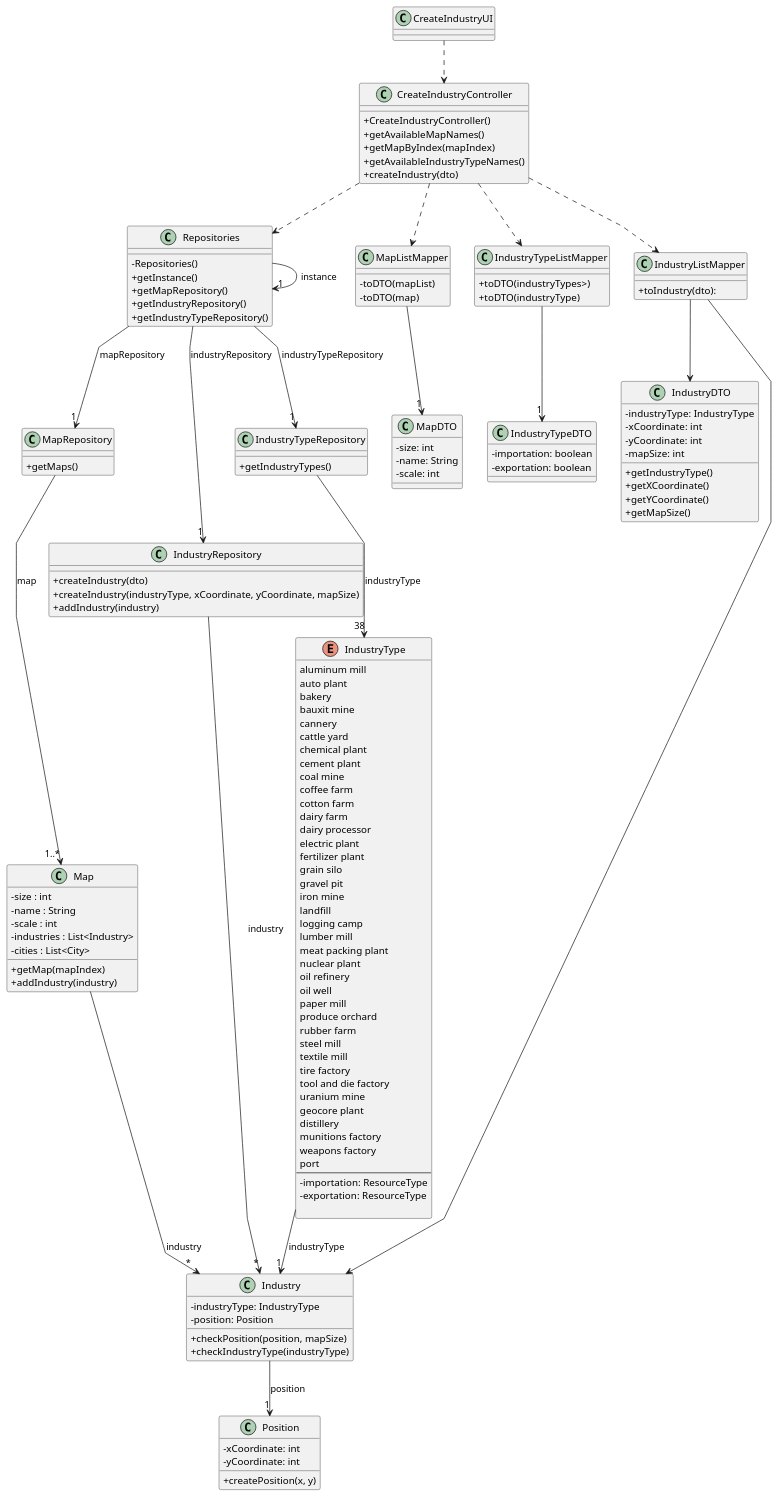
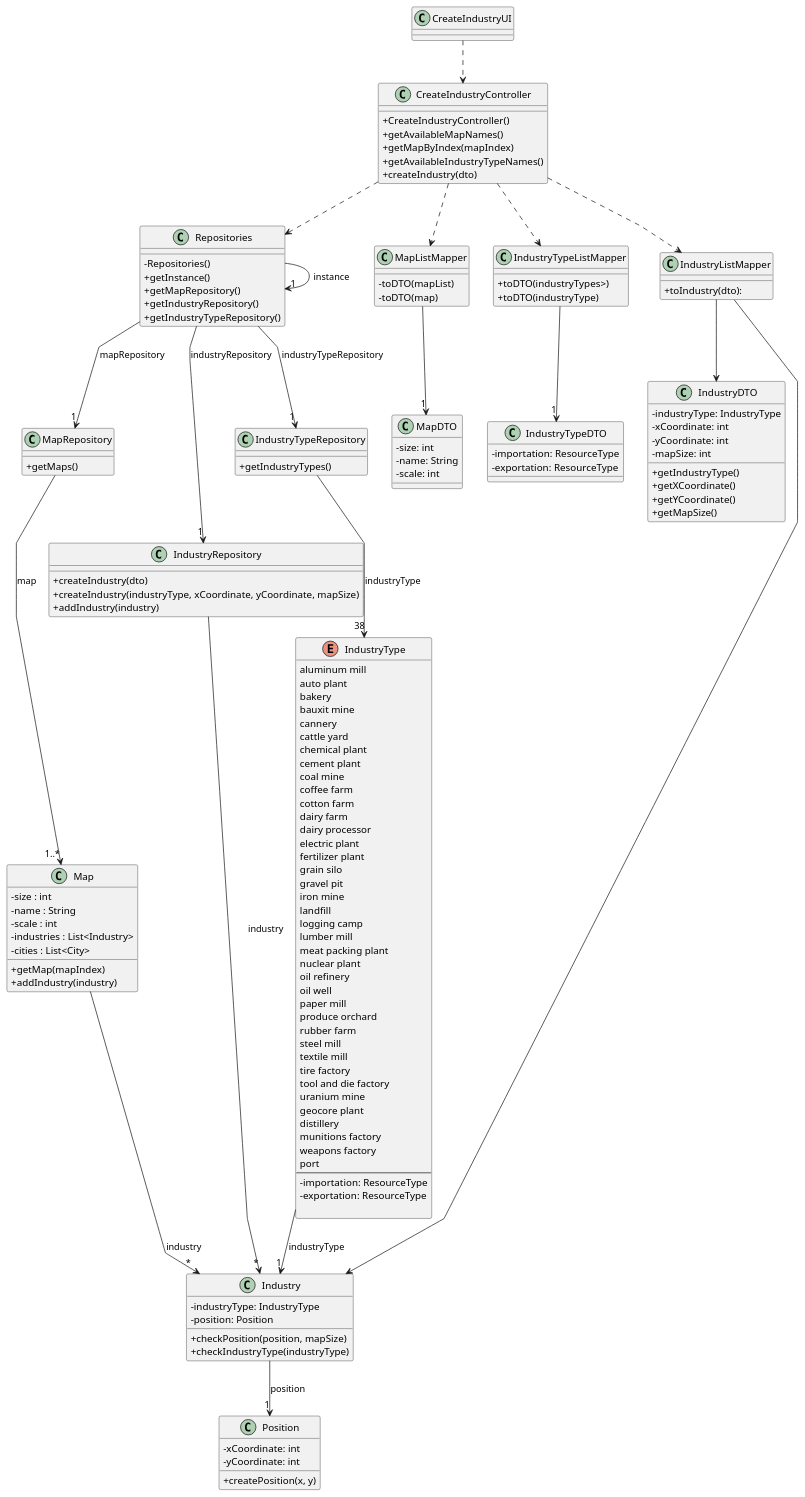
The diagram in Sprint3/US002/03.design/puml/US002-CD.puml (1240935/pi2-railway-simulator), drawn with PlantUML before and after one commit. The commit also changed 10 other files, not shown here.

```diff
--- a/Sprint3/US002/03.design/puml/US002-CD.puml
+++ b/Sprint3/US002/03.design/puml/US002-CD.puml
@@ -1,182 +1,182 @@
 @startuml
 'skinparam monochrome true
 skinparam packageStyle rectangle
 skinparam shadowing false
 skinparam linetype polyline
 'skinparam linetype orto
 
 skinparam classAttributeIconSize 0
 
 'left to right direction
 
 class CreateIndustryUI {
 }
 
 class CreateIndustryController {
   +CreateIndustryController()
   +getAvailableMapNames()
   +getMapByIndex(mapIndex)
   +getAvailableIndustryTypeNames()
   +createIndustry(dto)
 }
 
 class Repositories {
   -Repositories()
   +getInstance()
   +getMapRepository()
   +getIndustryRepository()
   +getIndustryTypeRepository()
 }
 
 class MapRepository {
   +getMaps()
 }
 
 class IndustryRepository {
   +createIndustry(dto)
   +createIndustry(industryType, xCoordinate, yCoordinate, mapSize)
   +addIndustry(industry)
 }
 
 class IndustryTypeRepository {
   +getIndustryTypes()
 }
 
 class MapListMapper {
   -toDTO(mapList)
   -toDTO(map)
 }
 
 class IndustryTypeListMapper {
   +toDTO(industryTypes>)
   +toDTO(industryType)
 }
 
 class IndustryListMapper {
   +toIndustry(dto):
 }
 
 class MapDTO {
   -size: int
   -name: String
   -scale: int
 }
 
 class IndustryTypeDTO {
-  -importation: boolean
-  -exportation: boolean
+  -importation: ResourceType
+  -exportation: ResourceType
 }
 
 class IndustryDTO {
   -industryType: IndustryType
   -xCoordinate: int
   -yCoordinate: int
   -mapSize: int
   +getIndustryType()
   +getXCoordinate()
   +getYCoordinate()
   +getMapSize()
 }
 
 class Map {
   - size : int
   - name : String
   - scale : int
   - industries : List<Industry>
   - cities : List<City>
   +getMap(mapIndex)
   +addIndustry(industry)
 }
 
 class Industry {
   -industryType: IndustryType
   -position: Position
   +checkPosition(position, mapSize)
   +checkIndustryType(industryType)
 }
 
  enum IndustryType{
     aluminum mill
     auto plant
     bakery
     bauxit mine
     cannery
     cattle yard
     chemical plant
     cement plant
     coal mine
     coffee farm
     cotton farm
     dairy farm
     dairy processor
     electric plant
     fertilizer plant
     grain silo
     gravel pit
     iron mine
     landfill
     logging camp
     lumber mill
     meat packing plant
     nuclear plant
     oil refinery
     oil well
     paper mill
     produce orchard
     rubber farm
     steel mill
     textile mill
     tire factory
     tool and die factory
     uranium mine
     geocore plant
     distillery
     munitions factory
     weapons factory
     port
     --
     -importation: ResourceType
     -exportation: ResourceType
 
   }
 
 class Position {
   -xCoordinate: int
   -yCoordinate: int
   +createPosition(x, y)
 }
 
 ' Associations
 CreateIndustryUI ..> CreateIndustryController
 
 CreateIndustryController ..> Repositories
 
 Repositories -> "1" Repositories : instance
 Repositories --> "1" MapRepository: mapRepository
 Repositories --> "1" IndustryRepository: industryRepository
 Repositories --> "1" IndustryTypeRepository: industryTypeRepository
 
 CreateIndustryController ..> MapListMapper
 
 MapListMapper --> "1" MapDTO
 
 CreateIndustryController ..> IndustryTypeListMapper
 
 IndustryTypeListMapper --> "1" IndustryTypeDTO
 
 CreateIndustryController ..> IndustryListMapper
 
 IndustryListMapper --> Industry
 
 IndustryListMapper --> IndustryDTO
 
 Industry --> "1" Position: position
 
 IndustryTypeRepository --> "38" IndustryType: industryType
 MapRepository --> "1..*" Map: map
 IndustryType --> "1" Industry: industryType
 
 IndustryRepository --> "*" Industry: industry
 Map --> "*" Industry: industry
 
 @enduml
```
